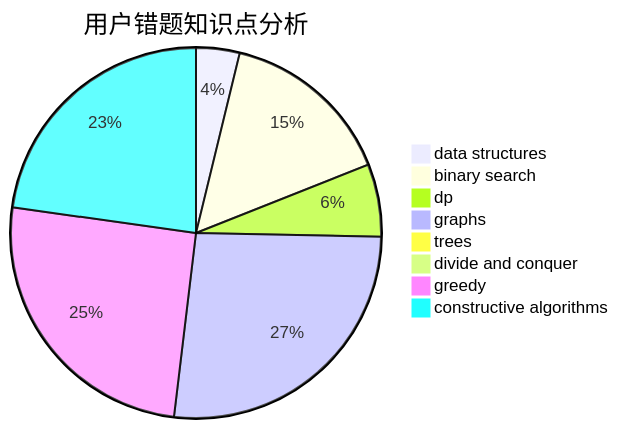
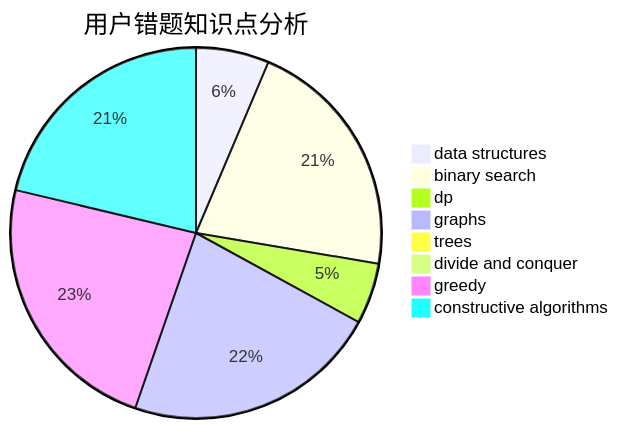
Before and after one commit to sherpahu/cfrs.github.io: the third of 3 diagrams in docs/user/u561.md, drawn with Mermaid. The commit also changed other lines of this file and 2770 other files, not shown here.

````diff
--- a/docs/user/u561.md
+++ b/docs/user/u561.md
@@ -36,11 +36,11 @@
 ```mermaid
 pie title 用户错题知识点分析
-    "data structures" :  3
-    "binary search" :  12
+    "data structures" :  6
+    "binary search" :  20
     "dp" :  5
     "graphs" :  21
     "trees" :  0
     "divide and conquer" :  0
-    "greedy" :  20
-    "constructive algorithms" :  18
+    "greedy" :  22
+    "constructive algorithms" :  20
 ```
````
